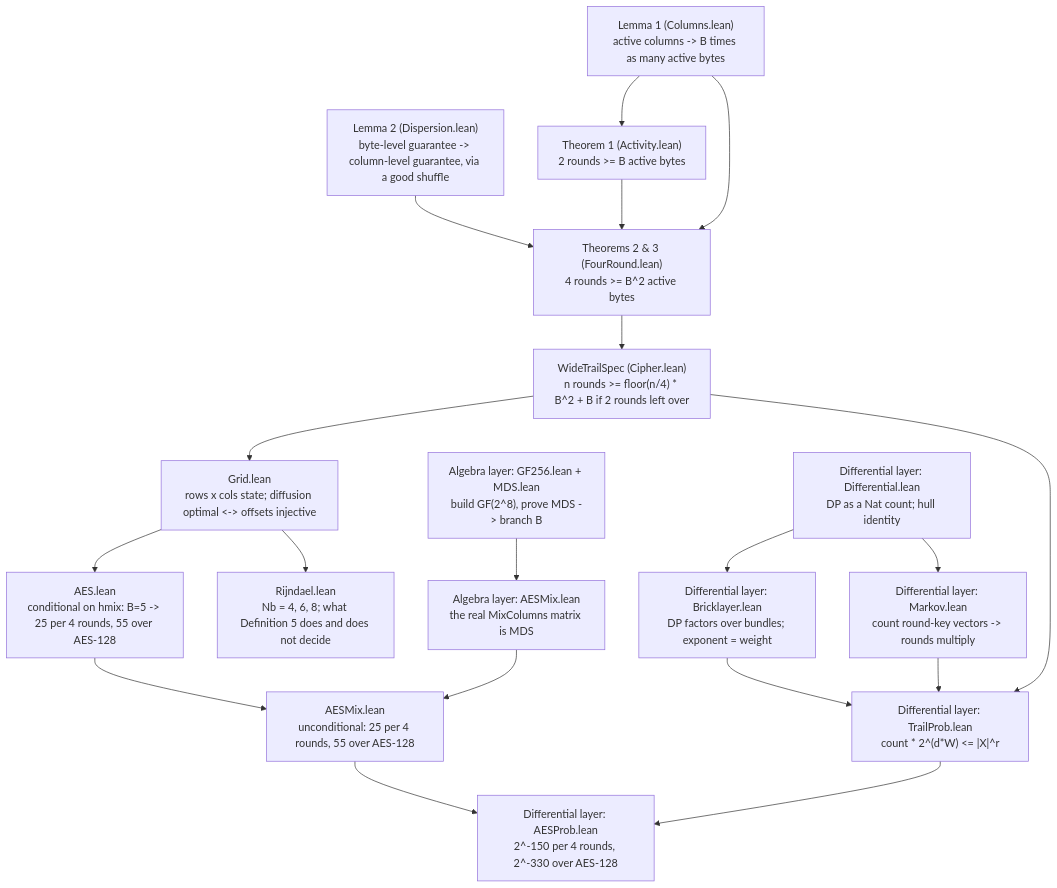
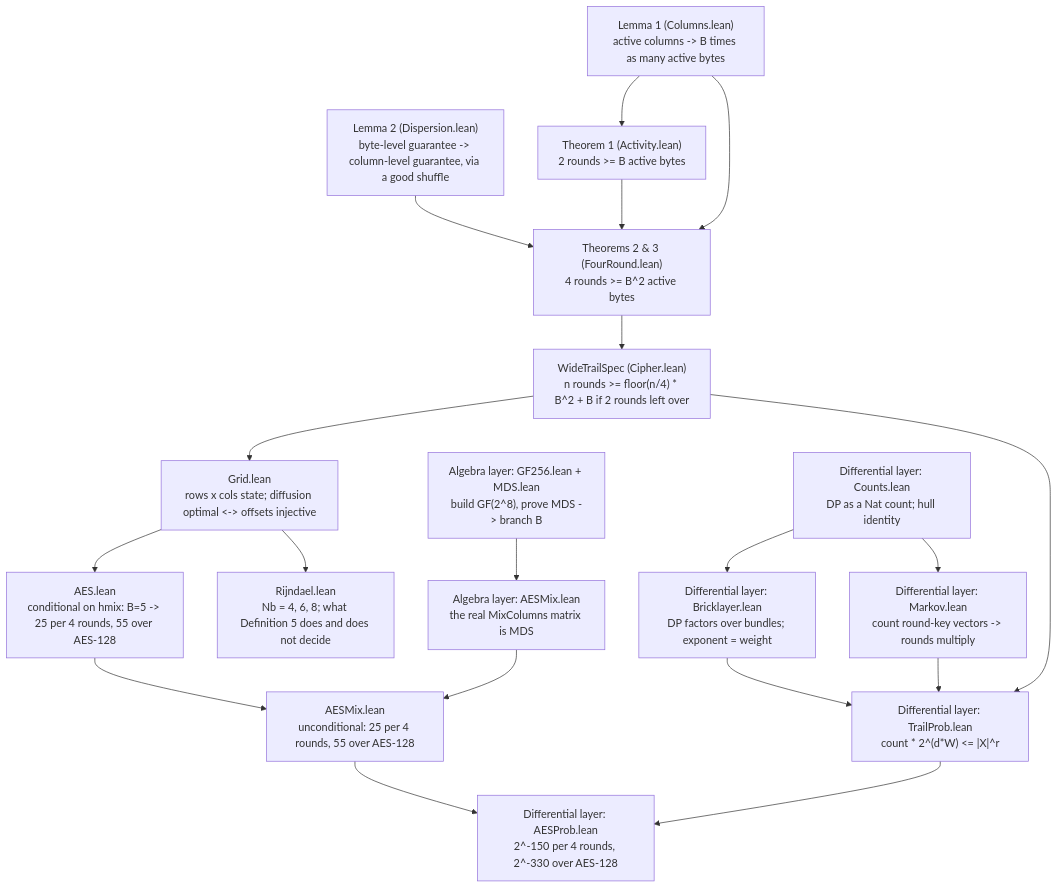
The second of 2 diagrams in README.md (4waan/Wide-Trail-formal-verification), drawn with Mermaid before and after one commit. The commit also changed other lines of this file and 10 other files, not shown here.

````diff
--- a/README.md
+++ b/README.md
@@ -297,38 +409,38 @@
 ```mermaid
 flowchart TD
     L1["Lemma 1 (Columns.lean)\nactive columns -> B times as many active bytes"]
     L2["Lemma 2 (Dispersion.lean)\nbyte-level guarantee -> column-level guarantee, via a good shuffle"]
     T1["Theorem 1 (Activity.lean)\n2 rounds >= B active bytes"]
     T4["Theorems 2 & 3 (FourRound.lean)\n4 rounds >= B^2 active bytes"]
     SPEC["WideTrailSpec (Cipher.lean)\nn rounds >= floor(n/4) * B^2 + B if 2 rounds left over"]
     GRID["Grid.lean\nrows x cols state; diffusion optimal <-> offsets injective"]
     AES["AES.lean\nconditional on hmix: B=5 -> 25 per 4 rounds, 55 over AES-128"]
     RIJ["Rijndael.lean\nNb = 4, 6, 8; what Definition 5 does and does not decide"]
     GFMDS["Algebra layer: GF256.lean + MDS.lean\nbuild GF(2^8), prove MDS -> branch B"]
     AESMIX["Algebra layer: AESMix.lean\nthe real MixColumns matrix is MDS"]
     CONCRETE["AESMix.lean\nunconditional: 25 per 4 rounds, 55 over AES-128"]
-    DIFF["Differential layer: Differential.lean\nDP as a Nat count; hull identity"]
+    DIFF["Differential layer: Counts.lean\nDP as a Nat count; hull identity"]
     BRICK["Differential layer: Bricklayer.lean\nDP factors over bundles; exponent = weight"]
     MARKOV["Differential layer: Markov.lean\ncount round-key vectors -> rounds multiply"]
     TPROB["Differential layer: TrailProb.lean\ncount * 2^(d*W) <= |X|^r"]
     AESPROB["Differential layer: AESProb.lean\n2^-150 per 4 rounds, 2^-330 over AES-128"]
 
     L1 --> T1
     L1 --> T4
     L2 --> T4
     T1 --> T4
     T4 --> SPEC
     SPEC --> GRID
     GRID --> AES
     GRID --> RIJ
     GFMDS --> AESMIX
     AES --> CONCRETE
     AESMIX --> CONCRETE
     DIFF --> BRICK
     DIFF --> MARKOV
     BRICK --> TPROB
     MARKOV --> TPROB
     SPEC --> TPROB
     TPROB --> AESPROB
     CONCRETE --> AESPROB
 ```
````
